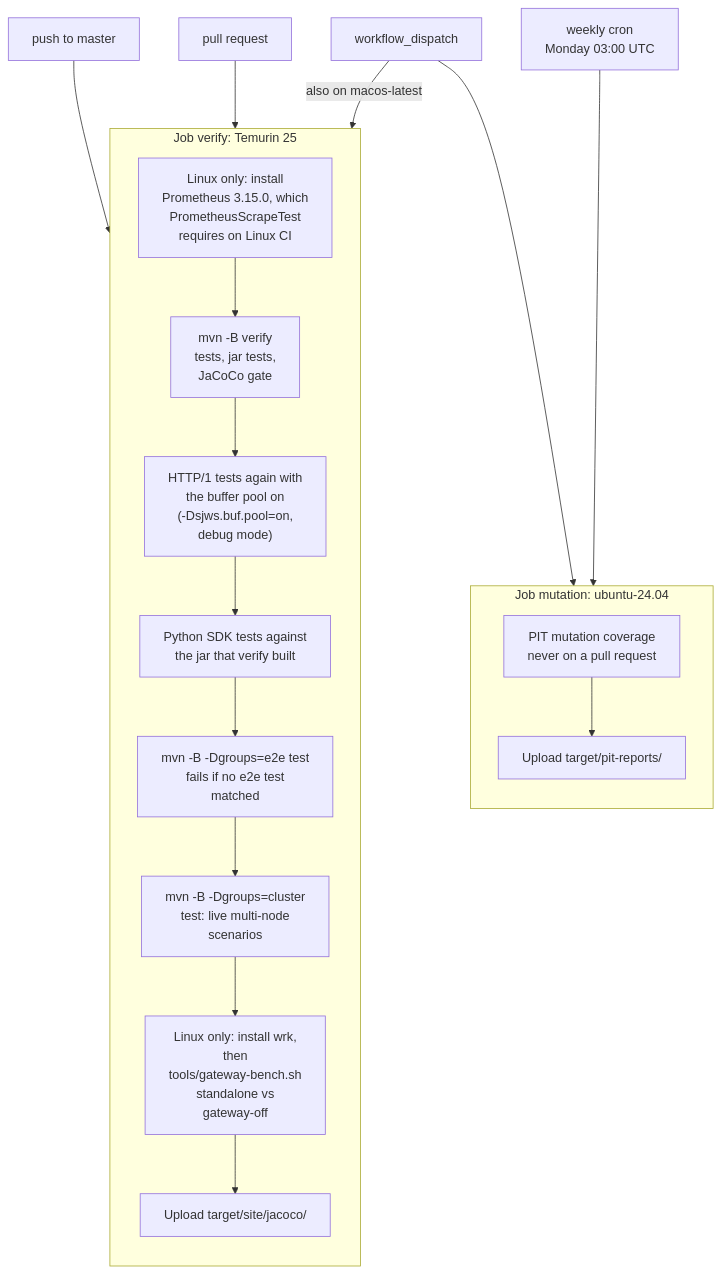
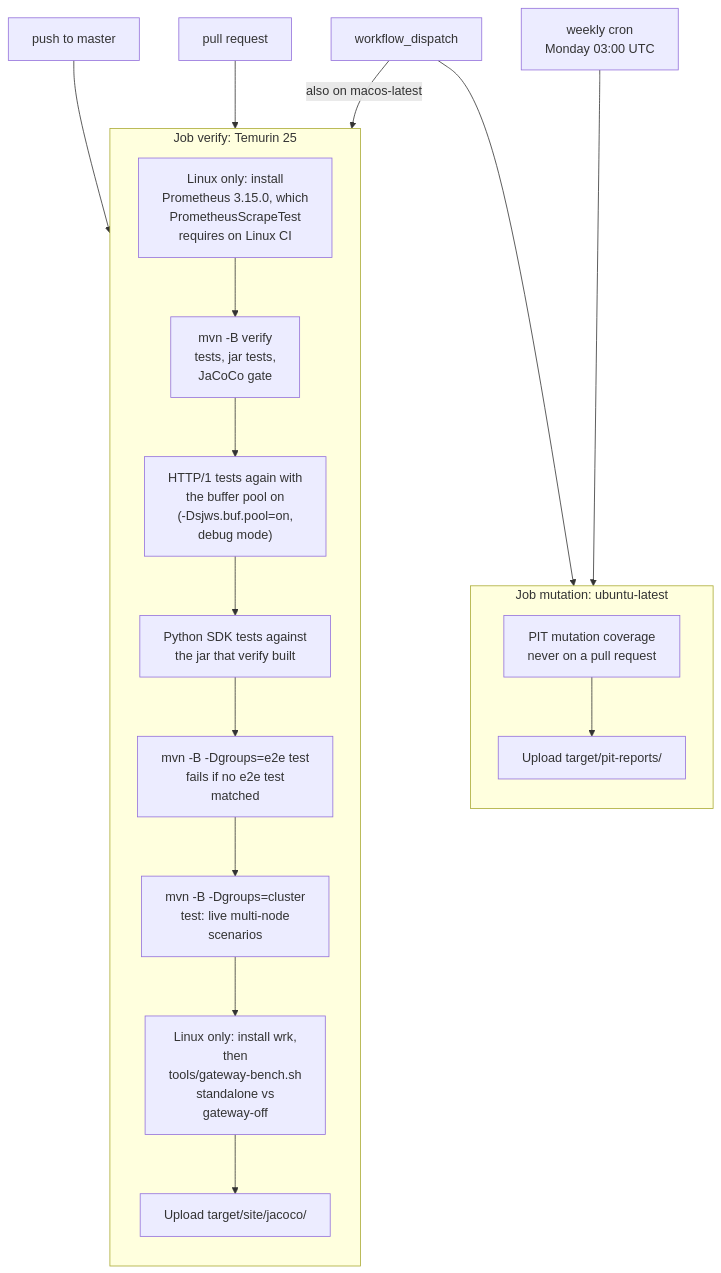
The diagram in docs/development/integration-tests.md (BlivionIaG/sjws_nettask), drawn with Mermaid before and after one commit. The commit also changed other lines of this file and 9 other files, not shown here.

````diff
--- a/docs/development/integration-tests.md
+++ b/docs/development/integration-tests.md
@@ -187,18 +181,18 @@
 ```mermaid
 flowchart TB
     push["push to master"] --> verify
     pr["pull request"] --> verify
     wd["workflow_dispatch"] -->|"also on macos-latest"| verify
     wd --> mut
     cron["weekly cron<br/>Monday 03:00 UTC"] --> mut
 
     subgraph verify["Job verify: Temurin 25"]
         direction TB
         v0["Linux only: install<br/>Prometheus 3.15.0, which<br/>PrometheusScrapeTest<br/>requires on Linux CI"] --> v1["mvn -B verify<br/>tests, jar tests,<br/>JaCoCo gate"] --> v1b["HTTP/1 tests again with<br/>the buffer pool on<br/>(-Dsjws.buf.pool=on,<br/>debug mode)"] --> v1c["Python SDK tests against<br/>the jar that verify built"] --> v2["mvn -B -Dgroups=e2e test<br/>fails if no e2e test<br/>matched"] --> v3["mvn -B -Dgroups=cluster<br/>test: live multi-node<br/>scenarios"] --> v4["Linux only: install wrk,<br/>then<br/>tools/gateway-bench.sh<br/>standalone vs<br/>gateway-off"] --> v5["Upload target/site/jacoco/"]
     end
 
-    subgraph mut["Job mutation: ubuntu-24.04"]
+    subgraph mut["Job mutation: ubuntu-latest"]
         direction TB
         m1["PIT mutation coverage<br/>never on a pull request"] --> m2["Upload target/pit-reports/"]
     end
 ```
````
